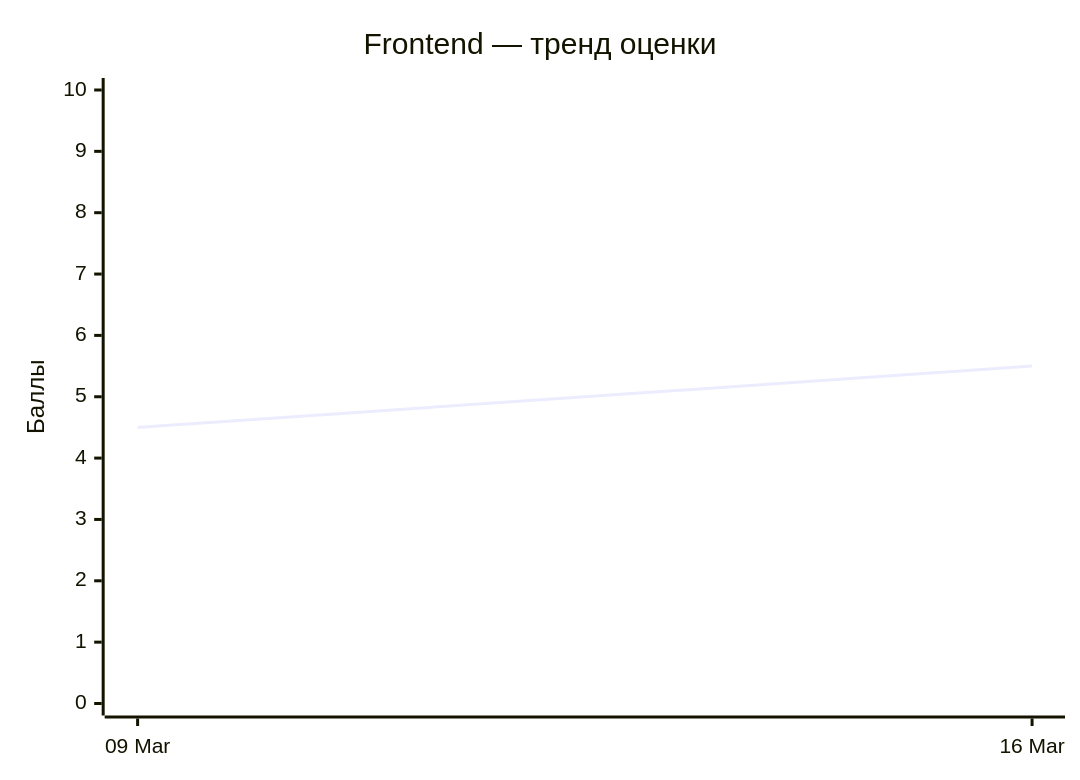
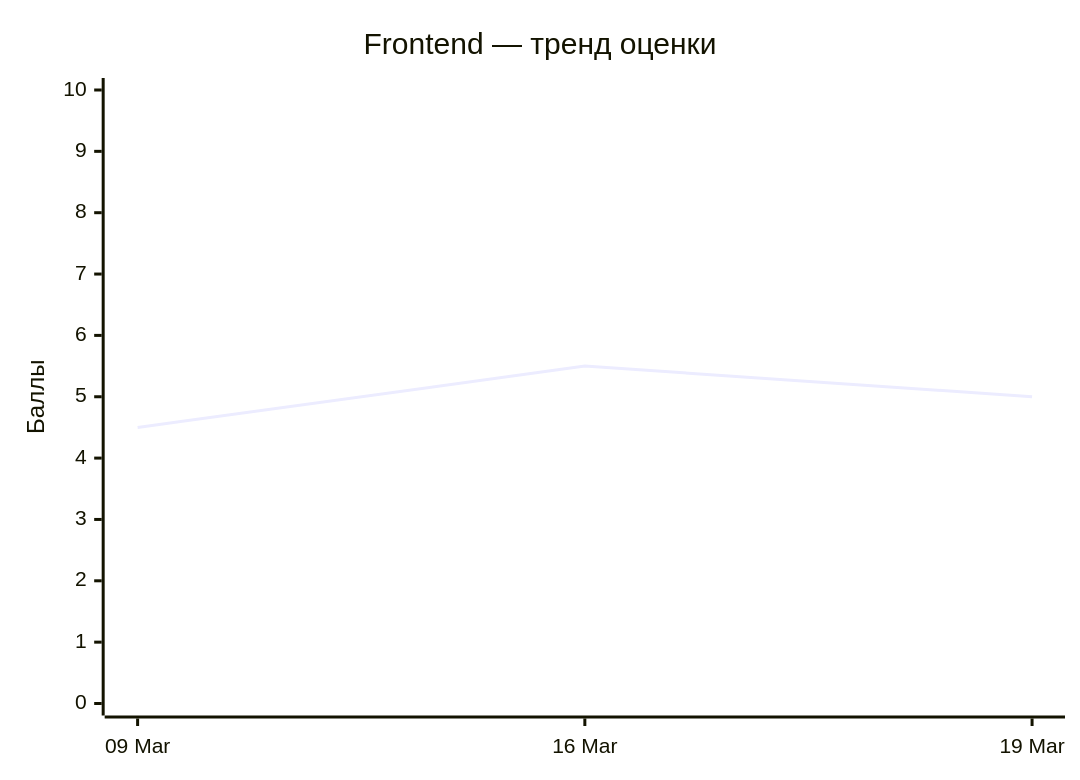
The first of 4 diagrams in CodeQualityStatus/status.md (ngKittyDebug/RS-Tandem-ngKittyDebug), drawn with Mermaid before and after one commit. The commit also changed other lines of this file and 2 other files, not shown here.

````diff
--- a/CodeQualityStatus/status.md
+++ b/CodeQualityStatus/status.md
@@ -95,7 +104,7 @@
 ```mermaid
 xychart-beta
     title "Frontend — тренд оценки"
-    x-axis ["09 Mar", "16 Mar"]
+    x-axis ["09 Mar", "16 Mar", "19 Mar"]
     y-axis "Баллы" 0 --> 10
-    line [4.5, 5.5]
+    line [4.5, 5.5, 5.0]
 ```
````
